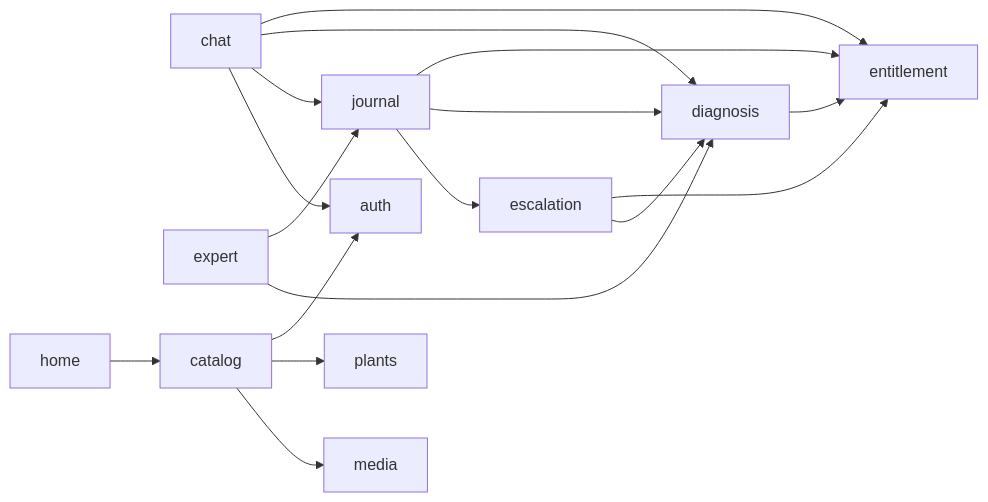
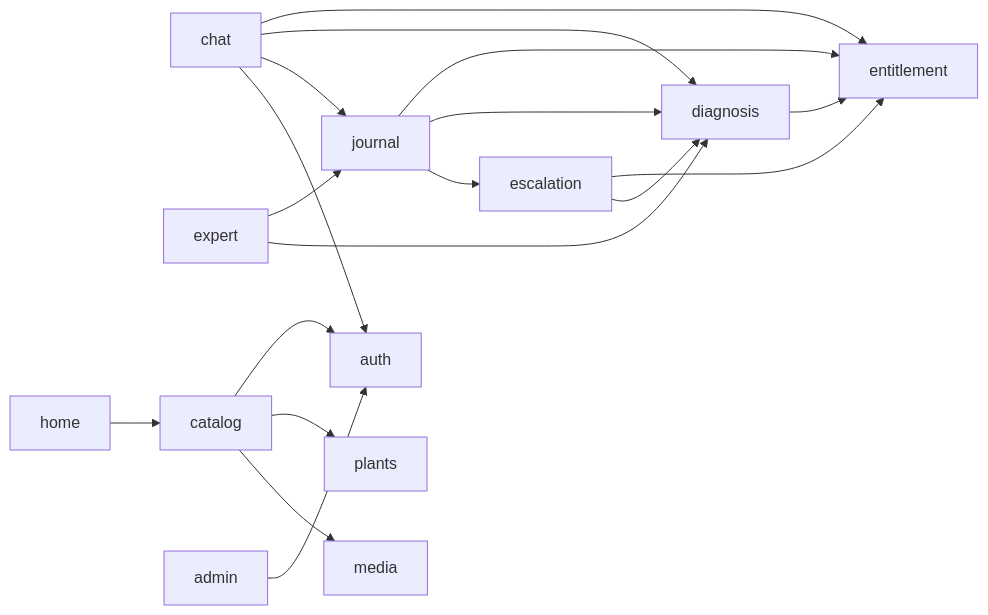
The second of 2 diagrams in docs/architecture.md (DaniilTsitavets/diploma-growpath-frontend), drawn with Mermaid before and after one commit. The commit also changed other lines of this file and 26 other files, not shown here.

````diff
--- a/docs/architecture.md
+++ b/docs/architecture.md
@@ -69,21 +70,22 @@
 ```mermaid
 flowchart LR
   entitlement
   auth
   diagnosis --> entitlement
   escalation --> entitlement
   escalation --> diagnosis
   journal --> entitlement
   journal --> diagnosis
   journal --> escalation
   chat --> entitlement
   chat --> diagnosis
   chat --> journal
   chat --> auth
   expert --> journal
   expert --> diagnosis
   catalog --> auth
   catalog --> plants
+  admin --> auth
   catalog --> media
   home --> catalog
 ```
````
